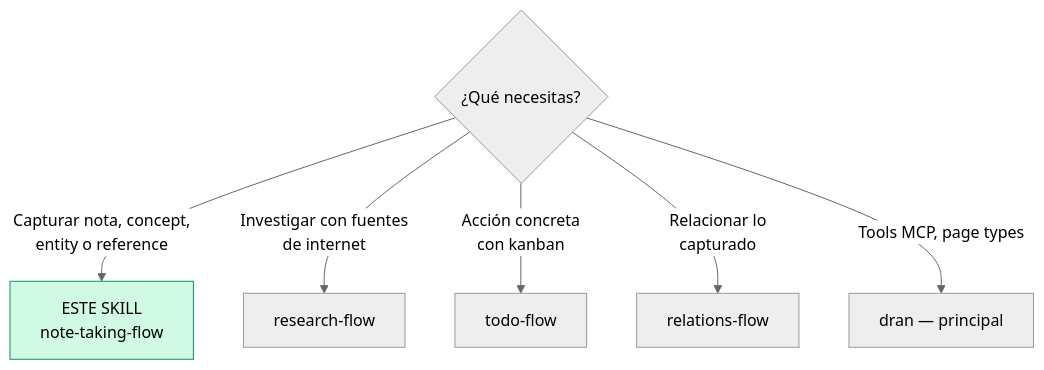
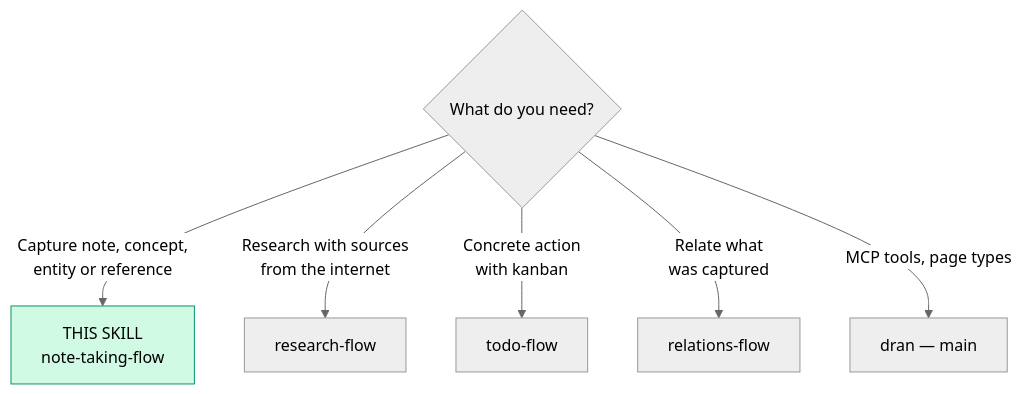
The first of 2 diagrams in skills/note-taking-flow/SKILL.md (alvarolizama/dran), drawn with Mermaid (neutral theme) before and after one commit. The commit also changed other lines of this file and 11 other files, not shown here.

Commit message:
feat: traducir skills de dran al inglés (9 flows + dran + references)

````diff
--- a/skills/note-taking-flow/SKILL.md
+++ b/skills/note-taking-flow/SKILL.md
@@ -21,10 +21,10 @@
 ```mermaid
 flowchart TD
-  Q{¿Qué necesitas?} -->|"Capturar nota, concept,\nentity o reference"| SELF["ESTE SKILL\nnote-taking-flow"]
-  Q -->|"Investigar con fuentes\nde internet"| RF[research-flow]
-  Q -->|"Acción concreta\ncon kanban"| TF[todo-flow]
-  Q -->|"Relacionar lo\ncapturado"| RLF[relations-flow]
-  Q -->|"Tools MCP, page types"| D[dran — principal]
+  Q{What do you need?} -->|"Capture note, concept,\nentity or reference"| SELF["THIS SKILL\nnote-taking-flow"]
+  Q -->|"Research with sources\nfrom the internet"| RF[research-flow]
+  Q -->|"Concrete action\nwith kanban"| TF[todo-flow]
+  Q -->|"Relate what\nwas captured"| RLF[relations-flow]
+  Q -->|"MCP tools, page types"| D[dran — main]
 
   style SELF fill:#d1fae5,stroke:#059669
 ```
````
